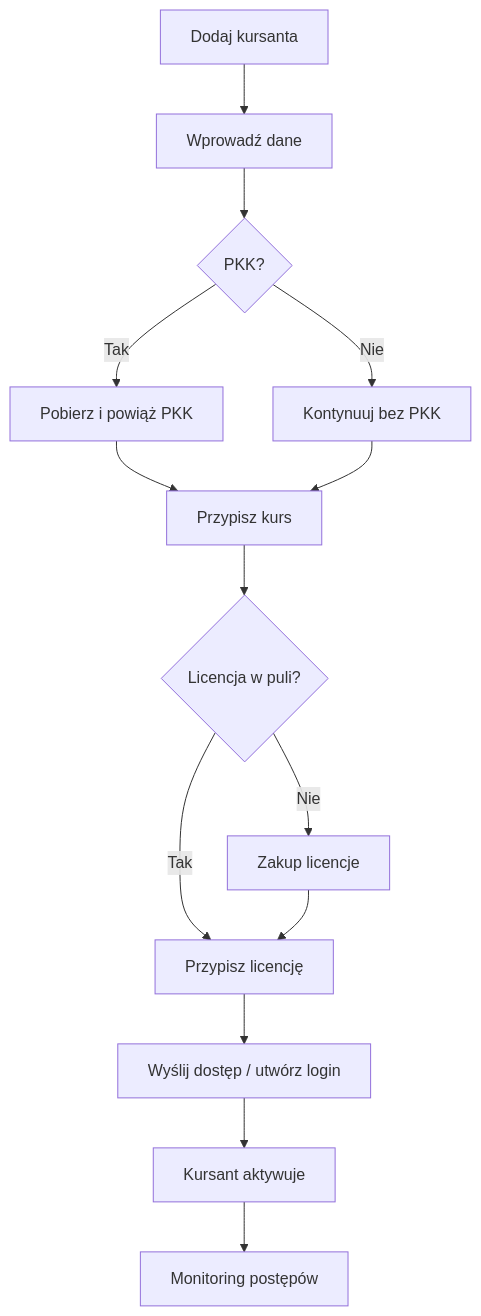
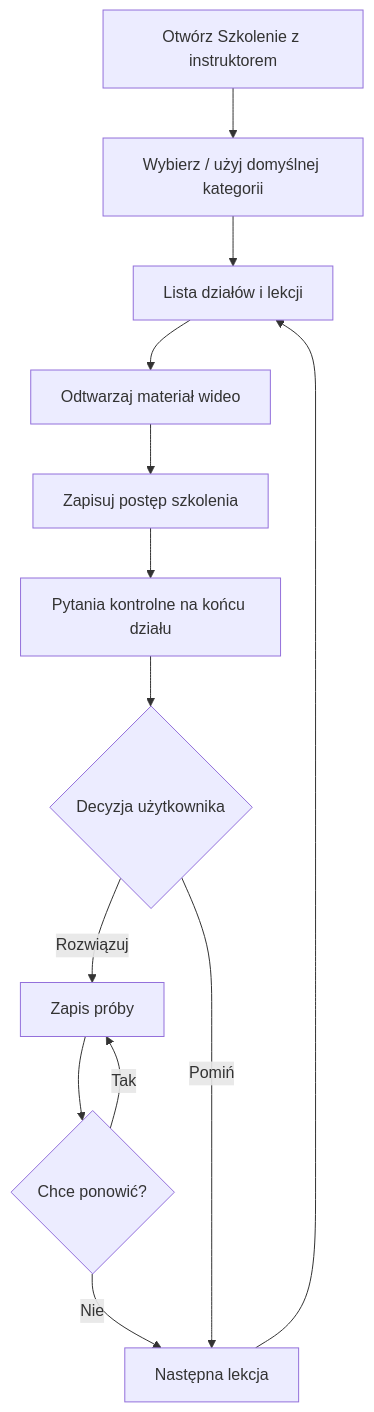
The fifth of 7 diagrams in docs/03-user-flows.md (prawkonaraz100/osk-panel), drawn with Mermaid before and after one commit. The commit also changed other lines of this file, not shown here.

Commit message:
Expand verified user flows and state transitions

````diff
--- a/docs/03-user-flows.md
+++ b/docs/03-user-flows.md
@@ -17,16 +119,15 @@
 ```mermaid
 flowchart TD
-A[Dodaj kursanta] --> B[Wprowadź dane]
-B --> C{PKK?}
-C -->|Tak| D[Pobierz i powiąż PKK]
-C -->|Nie| E[Kontynuuj bez PKK]
-D --> F[Przypisz kurs]
-E --> F
-F --> G{Licencja w puli?}
-G -->|Tak| H[Przypisz licencję]
-G -->|Nie| I[Zakup licencje]
-I --> H
-H --> J[Wyślij dostęp / utwórz login]
-J --> K[Kursant aktywuje]
-K --> L[Monitoring postępów]
+A[Otwórz Szkolenie z instruktorem] --> B[Wybierz / użyj domyślnej kategorii]
+B --> C[Lista działów i lekcji]
+C --> D[Odtwarzaj materiał wideo]
+D --> E[Zapisuj postęp szkolenia]
+E --> F[Pytania kontrolne na końcu działu]
+F --> G{Decyzja użytkownika}
+G -->|Rozwiązuj| H[Zapis próby]
+H --> I{Chce ponowić?}
+I -->|Tak| H
+I -->|Nie| J[Następna lekcja]
+G -->|Pomiń| J
+J --> C
 ```
````
